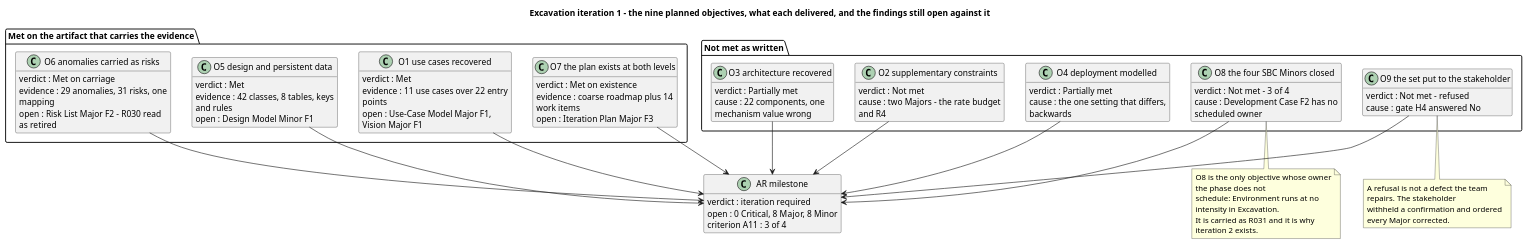
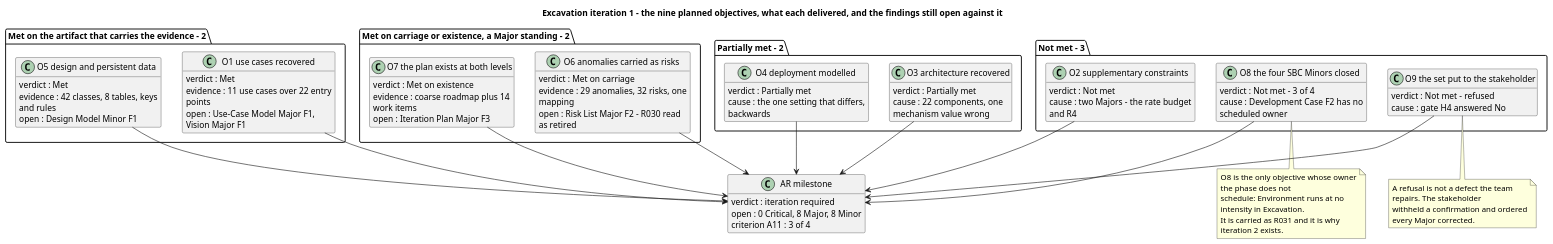
Before and after one commit to banense-test/TodoApp: the first of 3 diagrams in docs/artifacts/project-management/iteration-assessment.md, drawn with PlantUML. The commit also changed other lines of this file, not shown here.

Commit message:
Project Manager [Excavation1]: upsert Iteration Assessment
[skip ci]

```diff
--- a/docs/artifacts/project-management/iteration-assessment.md
+++ b/docs/artifacts/project-management/iteration-assessment.md
@@ -18,15 +18,23 @@
 hide empty members
 skinparam wrapWidth 250
 
-package "Met on the artifact that carries the evidence" {
+package "Met on the artifact that carries the evidence - 2" {
+  class "O1 use cases recovered" as O1 {
+    verdict : Met
+    evidence : 11 use cases over 22 entry points
+    open : Use-Case Model Major F1, Vision Major F1
+  }
   class "O5 design and persistent data" as O5 {
     verdict : Met
     evidence : 42 classes, 8 tables, keys and rules
     open : Design Model Minor F1
   }
+}
+
+package "Met on carriage or existence, a Major standing - 2" {
   class "O6 anomalies carried as risks" as O6 {
     verdict : Met on carriage
-    evidence : 29 anomalies, 31 risks, one mapping
+    evidence : 29 anomalies, 32 risks, one mapping
     open : Risk List Major F2 - R030 read as retired
   }
   class "O7 the plan exists at both levels" as O7 {
@@ -34,18 +42,9 @@
     evidence : coarse roadmap plus 14 work items
     open : Iteration Plan Major F3
   }
-  class "O1 use cases recovered" as O1 {
-    verdict : Met
-    evidence : 11 use cases over 22 entry points
-    open : Use-Case Model Major F1, Vision Major F1
-  }
 }
 
-package "Not met as written" {
-  class "O2 supplementary constraints" as O2 {
-    verdict : Not met
-    cause : two Majors - the rate budget and R4
-  }
+package "Partially met - 2" {
   class "O3 architecture recovered" as O3 {
     verdict : Partially met
     cause : 22 components, one mechanism value wrong
@@ -53,6 +52,13 @@
   class "O4 deployment modelled" as O4 {
     verdict : Partially met
     cause : the one setting that differs, backwards
+  }
+}
+
+package "Not met - 3" {
+  class "O2 supplementary constraints" as O2 {
+    verdict : Not met
+    cause : two Majors - the rate budget and R4
   }
   class "O8 the four SBC Minors closed" as O8 {
     verdict : Not met - 3 of 4
```
